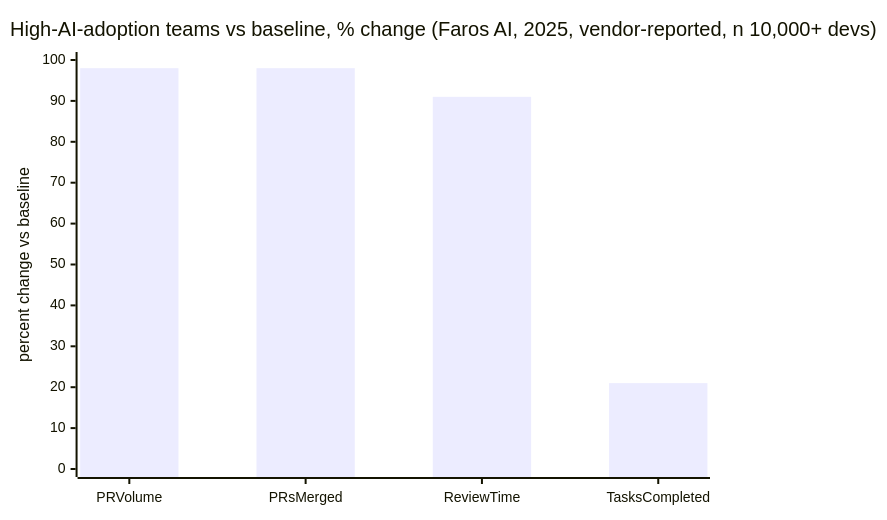
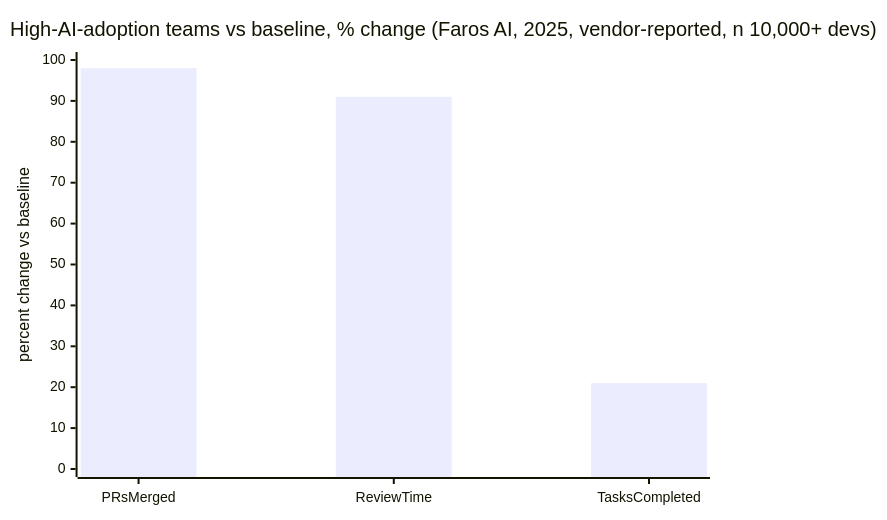
The second of 3 diagrams in src/main/java/com/rutik/systemdesign/soft_skills/ai_era_engineering_leadership/ai_era_engineering_leadership.md (rppol/system-design), drawn with Mermaid before and after one commit. The commit also changed other lines of this file and 30 other files, not shown here.

````diff
--- a/src/main/java/com/rutik/systemdesign/soft_skills/ai_era_engineering_leadership/ai_era_engineering_leadership.md
+++ b/src/main/java/com/rutik/systemdesign/soft_skills/ai_era_engineering_leadership/ai_era_engineering_leadership.md
@@ -130,7 +138,7 @@
 ```mermaid
 xychart-beta
     title "High-AI-adoption teams vs baseline, % change (Faros AI, 2025, vendor-reported, n 10,000+ devs)"
-    x-axis [PR Volume, PRs Merged, Review Time, Tasks Completed]
+    x-axis [PRs Merged, Review Time, Tasks Completed]
     y-axis "percent change vs baseline" 0 --> 100
-    bar [98, 98, 91, 21]
+    bar [98, 91, 21]
 ```
````
